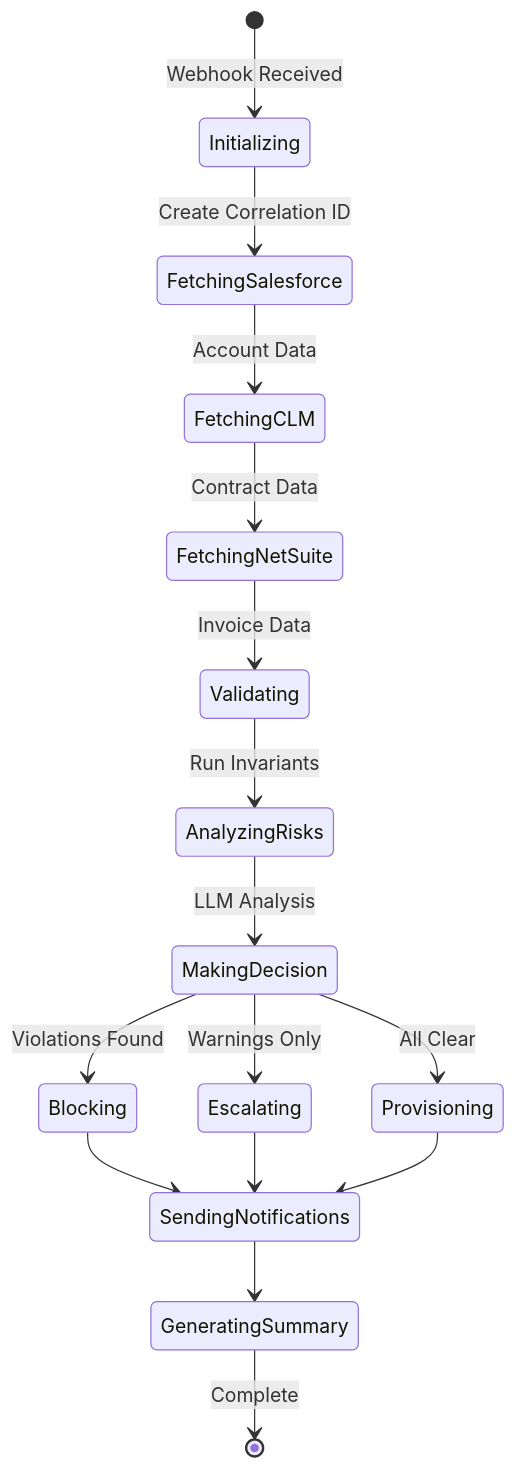
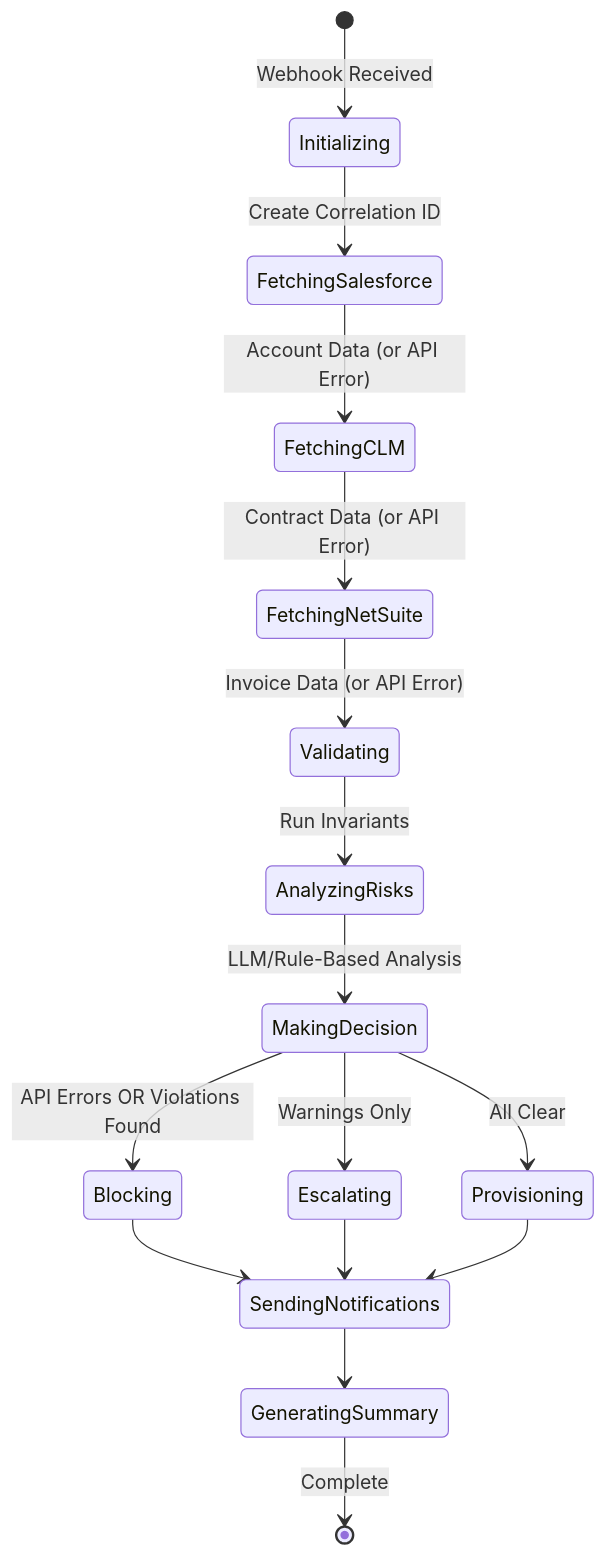
One commit to alyab16/Enterprise-Agents-Solutions-Case-Study changed the second of 3 diagrams in README.md. Above: the diagram before and after it, drawn with Mermaid. The commit also changed other lines of this file and 5 other files, not shown here.

````diff
--- a/README.md
+++ b/README.md
@@ -89,23 +99,23 @@
 ```mermaid
 stateDiagram-v2
     [*] --> Initializing: Webhook Received
     
     Initializing --> FetchingSalesforce: Create Correlation ID
-    FetchingSalesforce --> FetchingCLM: Account Data
-    FetchingCLM --> FetchingNetSuite: Contract Data
-    FetchingNetSuite --> Validating: Invoice Data
+    FetchingSalesforce --> FetchingCLM: Account Data (or API Error)
+    FetchingCLM --> FetchingNetSuite: Contract Data (or API Error)
+    FetchingNetSuite --> Validating: Invoice Data (or API Error)
     
     Validating --> AnalyzingRisks: Run Invariants
-    AnalyzingRisks --> MakingDecision: LLM Analysis
+    AnalyzingRisks --> MakingDecision: LLM/Rule-Based Analysis
     
-    MakingDecision --> Blocking: Violations Found
+    MakingDecision --> Blocking: API Errors OR Violations Found
     MakingDecision --> Escalating: Warnings Only
     MakingDecision --> Provisioning: All Clear
     
     Blocking --> SendingNotifications
     Escalating --> SendingNotifications
     Provisioning --> SendingNotifications
     
     SendingNotifications --> GeneratingSummary
     GeneratingSummary --> [*]: Complete
 ```
````
